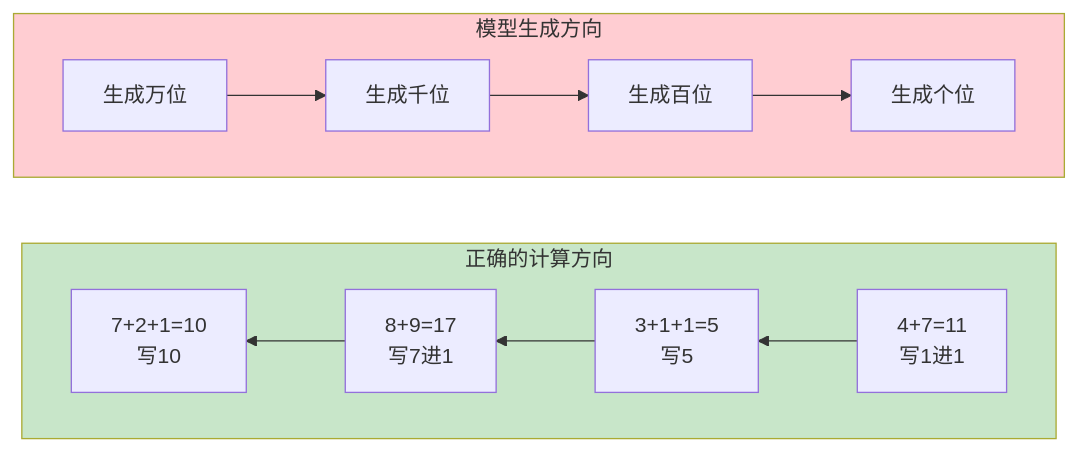
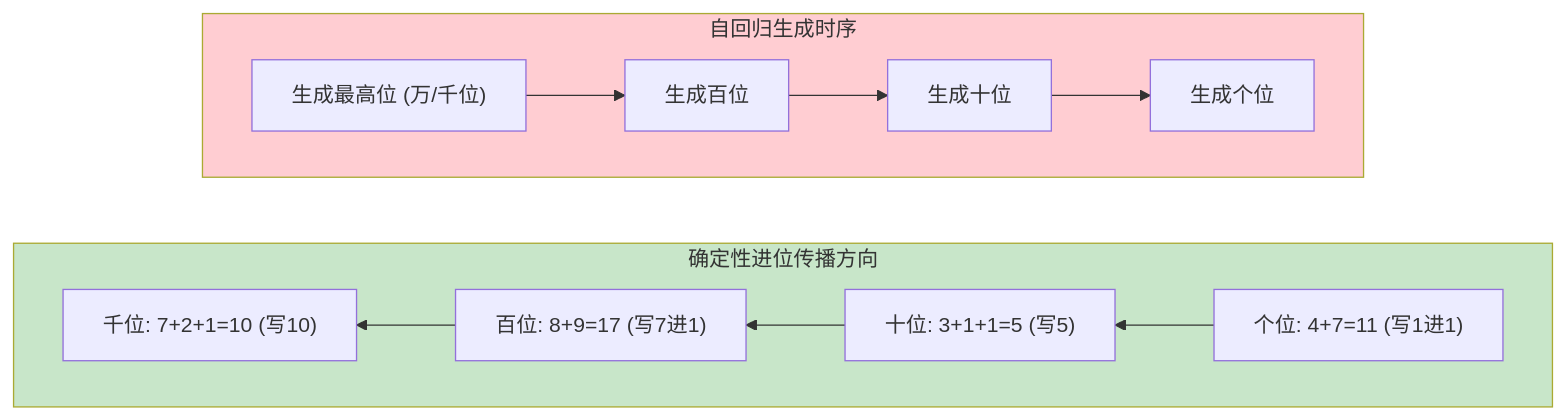
Before and after one commit to yingwang/thinking-in-llm: the second of 9 diagrams in chapters/06-limitations.md, drawn with Mermaid. The commit also changed other lines of this file and 31 other files, not shown here.

````diff
--- a/chapters/06-limitations.md
+++ b/chapters/06-limitations.md
@@ -131,14 +130,14 @@
 ```mermaid
 flowchart LR
-    subgraph 正确的计算["正确的计算方向"]
+    subgraph 算术进位["确定性进位传播方向"]
         direction RL
-        R4["4+7=11<br>写1进1"] --> R3["3+1+1=5<br>写5"] --> R2["8+9=17<br>写7进1"] --> R1["7+2+1=10<br>写10"]
+        R4["个位: 4+7=11 (写1进1)"] --> R3["十位: 3+1+1=5 (写5)"] --> R2["百位: 8+9=17 (写7进1)"] --> R1["千位: 7+2+1=10 (写10)"]
     end
-    subgraph 模型生成["模型生成方向"]
+    subgraph 自回归生成["自回归生成时序"]
         direction LR
-        L1["生成万位"] --> L2["生成千位"] --> L3["生成百位"] --> L4["生成个位"]
+        L1["生成最高位 (万/千位)"] --> L2["生成百位"] --> L3["生成十位"] --> L4["生成个位"]
     end
     
-    style 正确的计算 fill:#c8e6c9
-    style 模型生成 fill:#ffcdd2
+    style 算术进位 fill:#c8e6c9
+    style 自回归生成 fill:#ffcdd2
 ```
````
